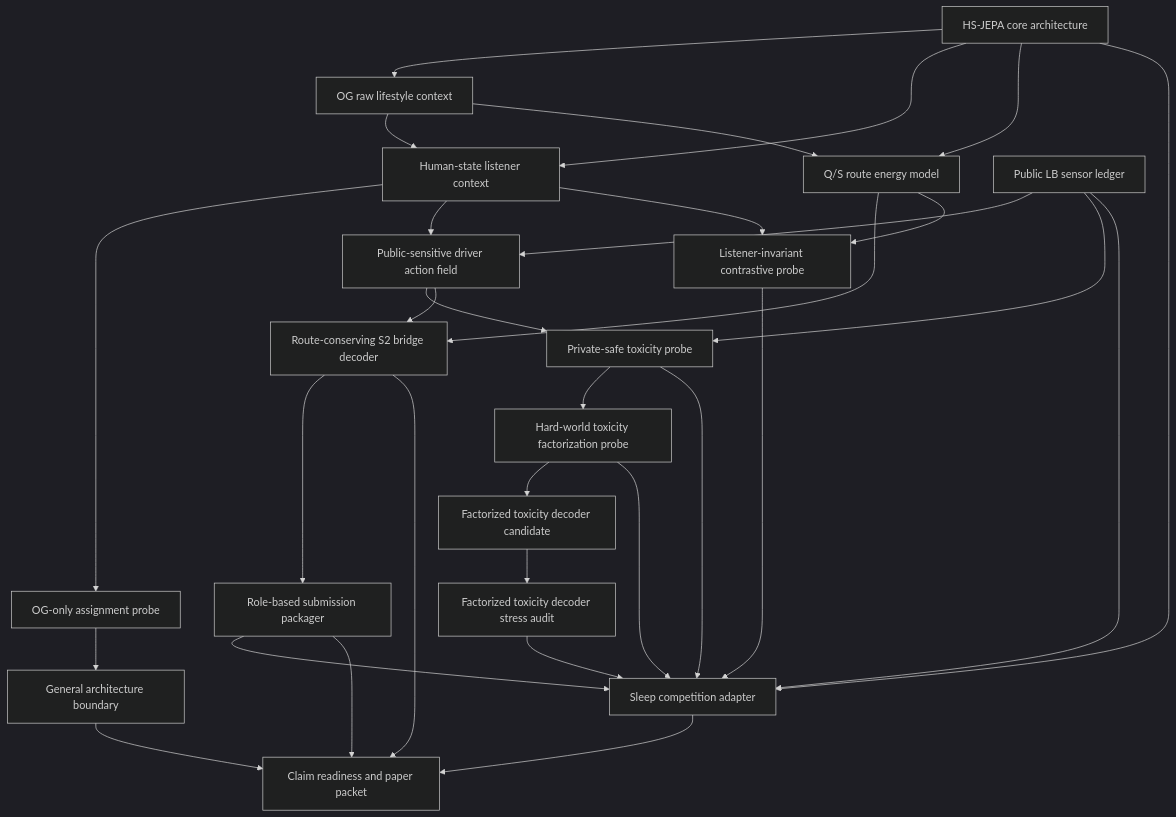
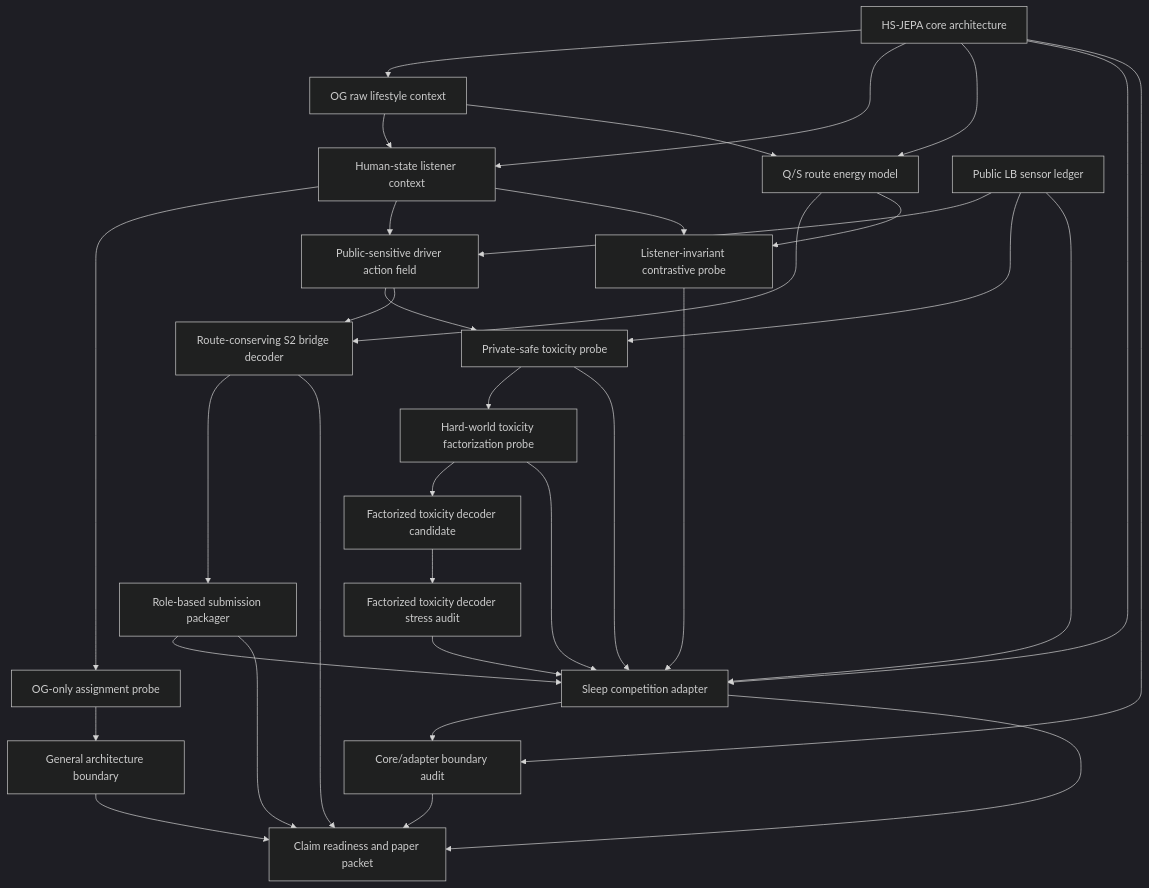
Before and after one commit to kbsooo/etri: the diagram in team_hsjepa_end_to_end/outputs/route_conserving_s2_bridge/hsjepa_pipeline_manifest_ko.md, drawn with Mermaid (dark theme). The commit also changed other lines of this file and 23 other files, not shown here.

Commit message:
feat(hsjepa): verify core adapter boundary

````diff
--- a/team_hsjepa_end_to_end/outputs/route_conserving_s2_bridge/hsjepa_pipeline_manifest_ko.md
+++ b/team_hsjepa_end_to_end/outputs/route_conserving_s2_bridge/hsjepa_pipeline_manifest_ko.md
@@ -13,33 +13,36 @@
 ```mermaid
 flowchart TD
     CORE["HS-JEPA core architecture"] --> A["OG raw lifestyle context"]
     CORE --> C["Human-state listener context"]
     CORE --> D["Q/S route energy model"]
     A["OG raw lifestyle context"] --> C["Human-state listener context"]
     A --> D["Q/S route energy model"]
     C --> P1["OG-only assignment probe"]
     P1 --> GEN["General architecture boundary"]
     B["Public LB sensor ledger"] --> E["Public-sensitive driver action field"]
     C --> E
     D --> F["Route-conserving S2 bridge decoder"]
     C --> P2["Listener-invariant contrastive probe"]
     D --> P2
     B --> P3["Private-safe toxicity probe"]
     E --> P3
     P3 --> P4["Hard-world toxicity factorization probe"]
     P4 --> P5["Factorized toxicity decoder candidate"]
     P5 --> P6["Factorized toxicity decoder stress audit"]
     E --> F
     F --> G["Role-based submission packager"]
     G --> ADAPT["Sleep competition adapter"]
     CORE --> ADAPT
     B --> ADAPT
     P2 --> ADAPT
     P3 --> ADAPT
     P4 --> ADAPT
     P6 --> ADAPT
+    ADAPT --> BAUD["Core/adapter boundary audit"]
+    CORE --> BAUD
     GEN --> H["Claim readiness and paper packet"]
+    BAUD --> H
     ADAPT --> H["Claim readiness and paper packet"]
     G --> H["Claim readiness and paper packet"]
     F --> H
 ```
````
